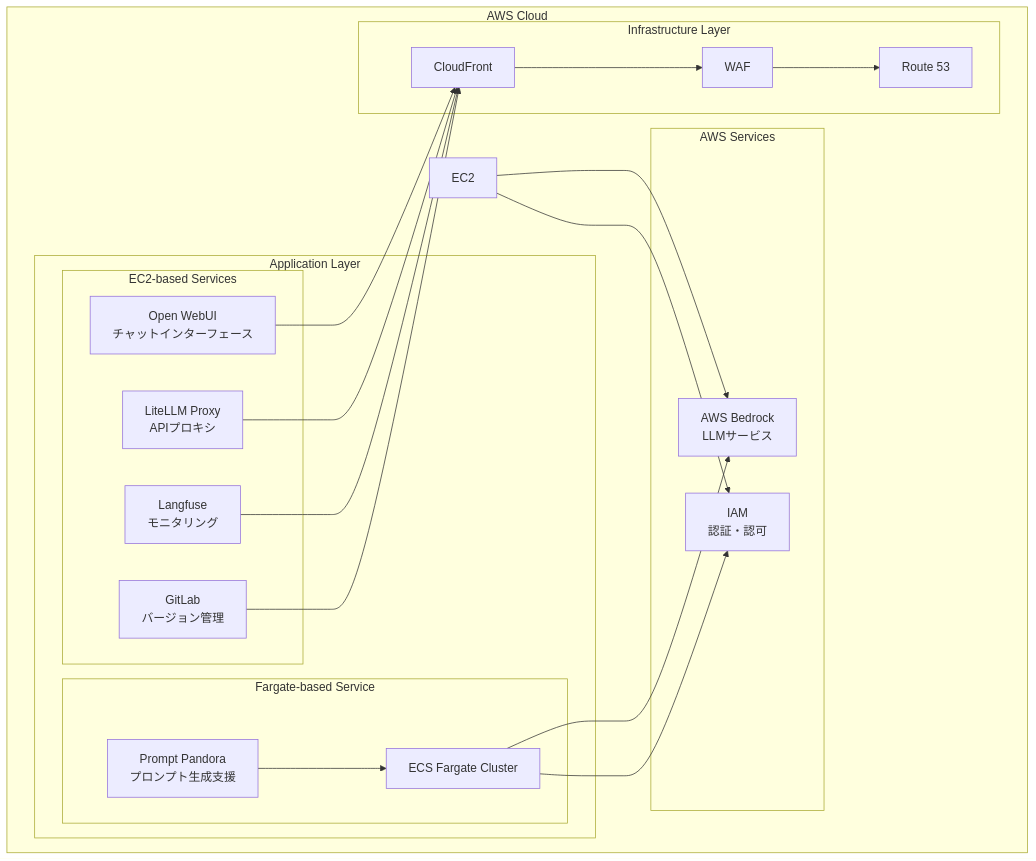
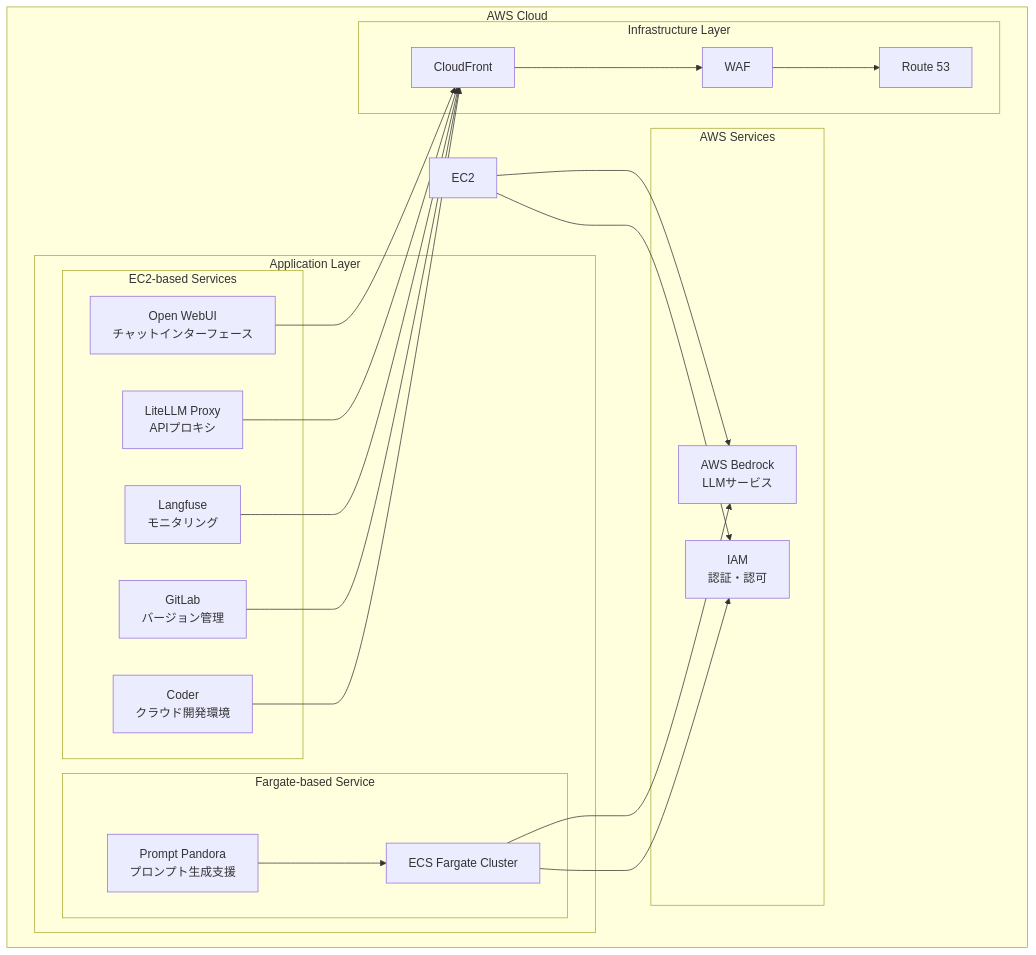
Before and after one commit to Sunwood-ai-labs/AMATERASU: the diagram in README.md, drawn with Mermaid. The commit also changed other lines of this file, not shown here.

````diff
--- a/README.md
+++ b/README.md
@@ -48,43 +50,45 @@
 ```mermaid
 graph TB
     subgraph "AWS Cloud"
         subgraph "Application Layer"
             subgraph "EC2-based Services"
                 OW["Open WebUI<br/>チャットインターフェース"]
                 LL["LiteLLM Proxy<br/>APIプロキシ"]
                 LF["Langfuse<br/>モニタリング"]
                 GL["GitLab<br/>バージョン管理"]
+                CD["Coder<br/>クラウド開発環境"]
             end
             
             subgraph "Fargate-based Service"
                 PP["Prompt Pandora<br/>プロンプト生成支援"]
                 ECS["ECS Fargate Cluster"]
             end
         end
         
         subgraph "Infrastructure Layer"
             CF["CloudFront"]
             WAF["WAF"]
             R53["Route 53"]
         end
         
         subgraph "AWS Services"
             Bedrock["AWS Bedrock<br/>LLMサービス"]
             IAM["IAM<br/>認証・認可"]
         end
         
         OW --> CF
         LL --> CF
         LF --> CF
         GL --> CF
+        CD --> CF
         PP --> ECS
         
         CF --> WAF
         WAF --> R53
         
         EC2 --> Bedrock
         ECS --> Bedrock
         EC2 --> IAM
         ECS --> IAM
     end
 ```
````
